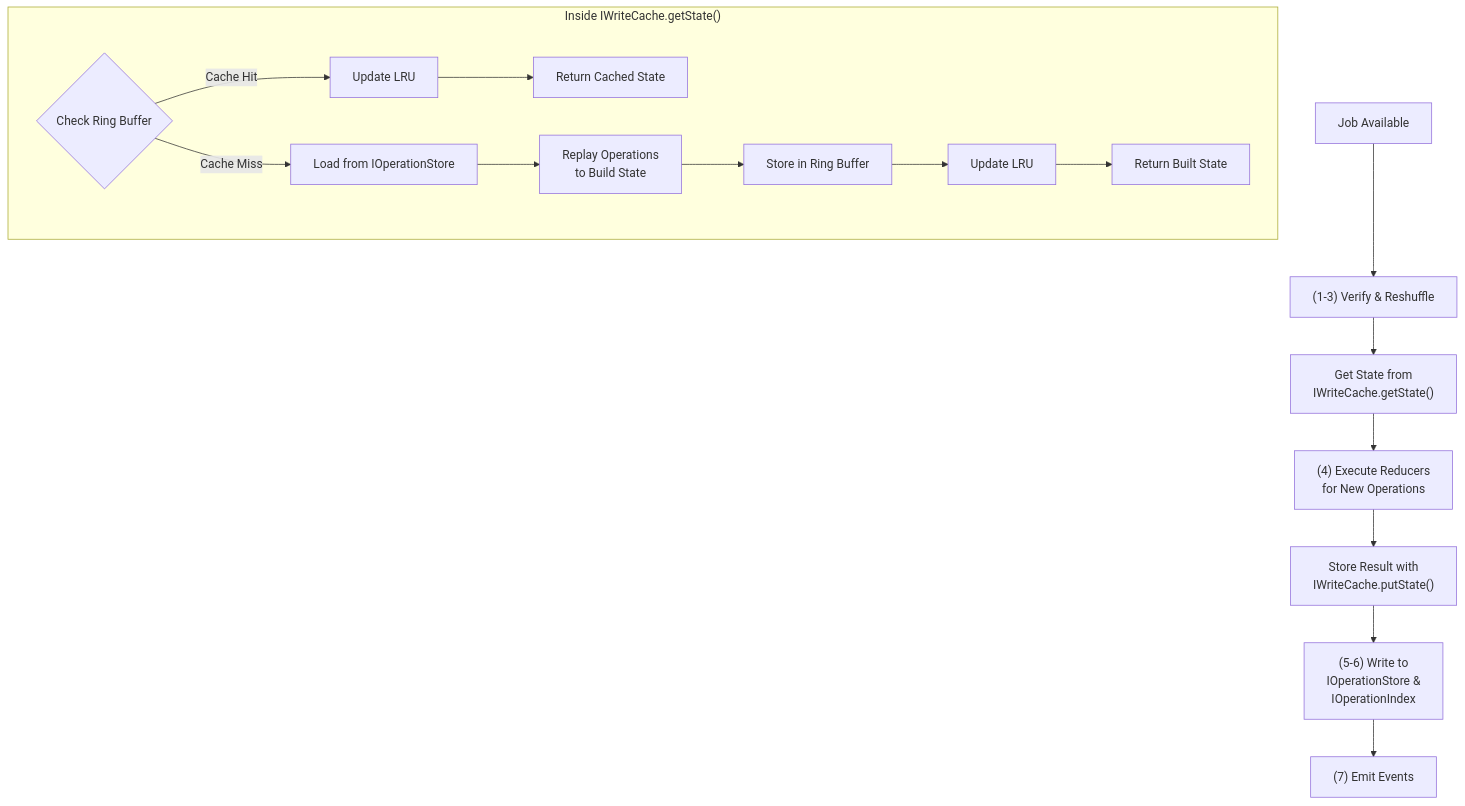
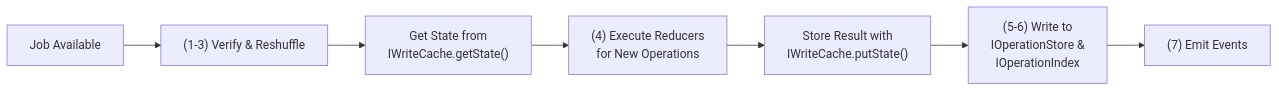
Before and after one commit to powerhouse-inc/powerhouse: the first of 2 diagrams in packages/reactor/docs/planning/Cache/write-cache.md, drawn with Mermaid. The commit also changed other lines of this file and 2 other files, not shown here.

Commit message:
chore: updated write cache plan

````diff
--- a/packages/reactor/docs/planning/Cache/write-cache.md
+++ b/packages/reactor/docs/planning/Cache/write-cache.md
@@ -80,24 +80,13 @@
 ```mermaid
-flowchart TD
-    Start["Job Available"] --> Verify["(1-3) Verify & Reshuffle"]
-    Verify --> GetState["Get State from<br/>IWriteCache.getState()"]
+flowchart LR
+  Start["Job Available"] --> Verify["(1-3) Verify & Reshuffle"]
+  Verify --> GetState["Get State from<br/>IWriteCache.getState()"]
 
-    GetState --> Execute["(4) Execute Reducers<br/>for New Operations"]
+  GetState --> Execute["(4) Execute Reducers<br/>for New Operations"]
 
-    Execute --> PutState["Store Result with<br/>IWriteCache.putState()"]
+  Execute --> PutState["Store Result with<br/>IWriteCache.putState()"]
 
-    PutState --> Store["(5-6) Write to<br/>IOperationStore &<br/>IOperationIndex"]
+  PutState --> Store["(5-6) Write to<br/>IOperationStore &<br/>IOperationIndex"]
 
-    Store --> Done["(7) Emit Events"]
-
-    subgraph "Inside IWriteCache.getState()"
-        CheckCache{"Check Ring Buffer"}
-        CheckCache -->|Cache Hit| UpdateLRU1["Update LRU"]
-        UpdateLRU1 --> Return1["Return Cached State"]
-        CheckCache -->|Cache Miss| LoadOps["Load from IOperationStore"]
-        LoadOps --> Replay["Replay Operations<br/>to Build State"]
-        Replay --> StoreCache["Store in Ring Buffer"]
-        StoreCache --> UpdateLRU2["Update LRU"]
-        UpdateLRU2 --> Return2["Return Built State"]
-    end
+  Store --> Done["(7) Emit Events"]
 ```
````
